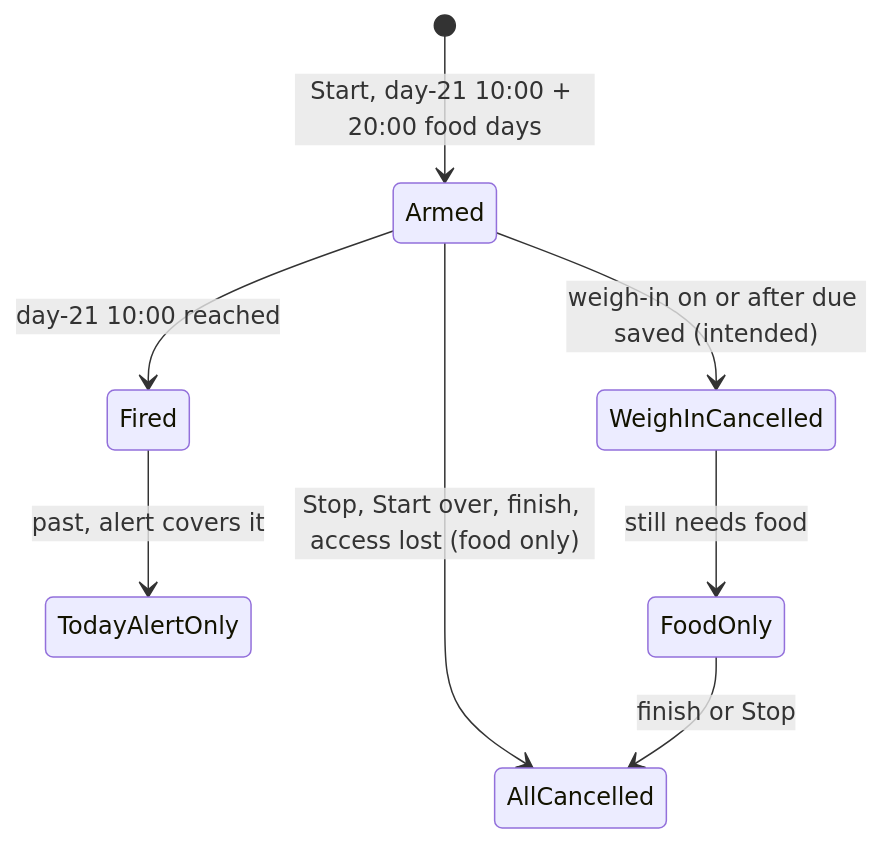
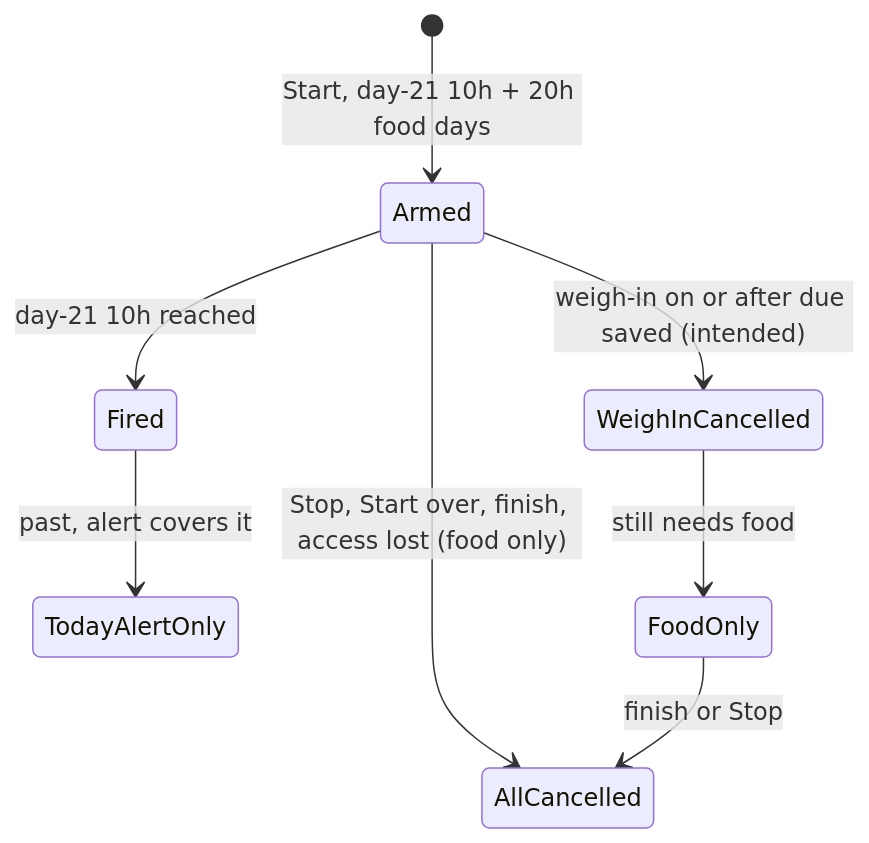
Before and after one commit to evandroviskis/dosetrace: the fourth of 4 diagrams in docs/product/flows/08-reality-check.md, drawn with Mermaid. The commit also changed other lines of this file and 28 other files, not shown here.

Commit message:
docs/product: verification round 1 corrections applied to PRD, TRD, dossiers, flows, registers and the Portuguese questions (21 OPEN, 54 AD, 65 DL, 218 DV); all 105 diagrams parse

````diff
--- a/docs/product/flows/08-reality-check.md
+++ b/docs/product/flows/08-reality-check.md
@@ -133,10 +133,10 @@
 ```mermaid
 stateDiagram-v2
-    [*] --> Armed: Start, day-21 10:00 + 20:00 food days
+    [*] --> Armed: Start, day-21 10h + 20h food days
     Armed --> WeighInCancelled: weigh-in on or after due saved (intended)
-    Armed --> Fired: day-21 10:00 reached
+    Armed --> Fired: day-21 10h reached
     Fired --> TodayAlertOnly: past, alert covers it
     Armed --> AllCancelled: Stop, Start over, finish, access lost (food only)
     WeighInCancelled --> FoodOnly: still needs food
     FoodOnly --> AllCancelled: finish or Stop
 ```
````
